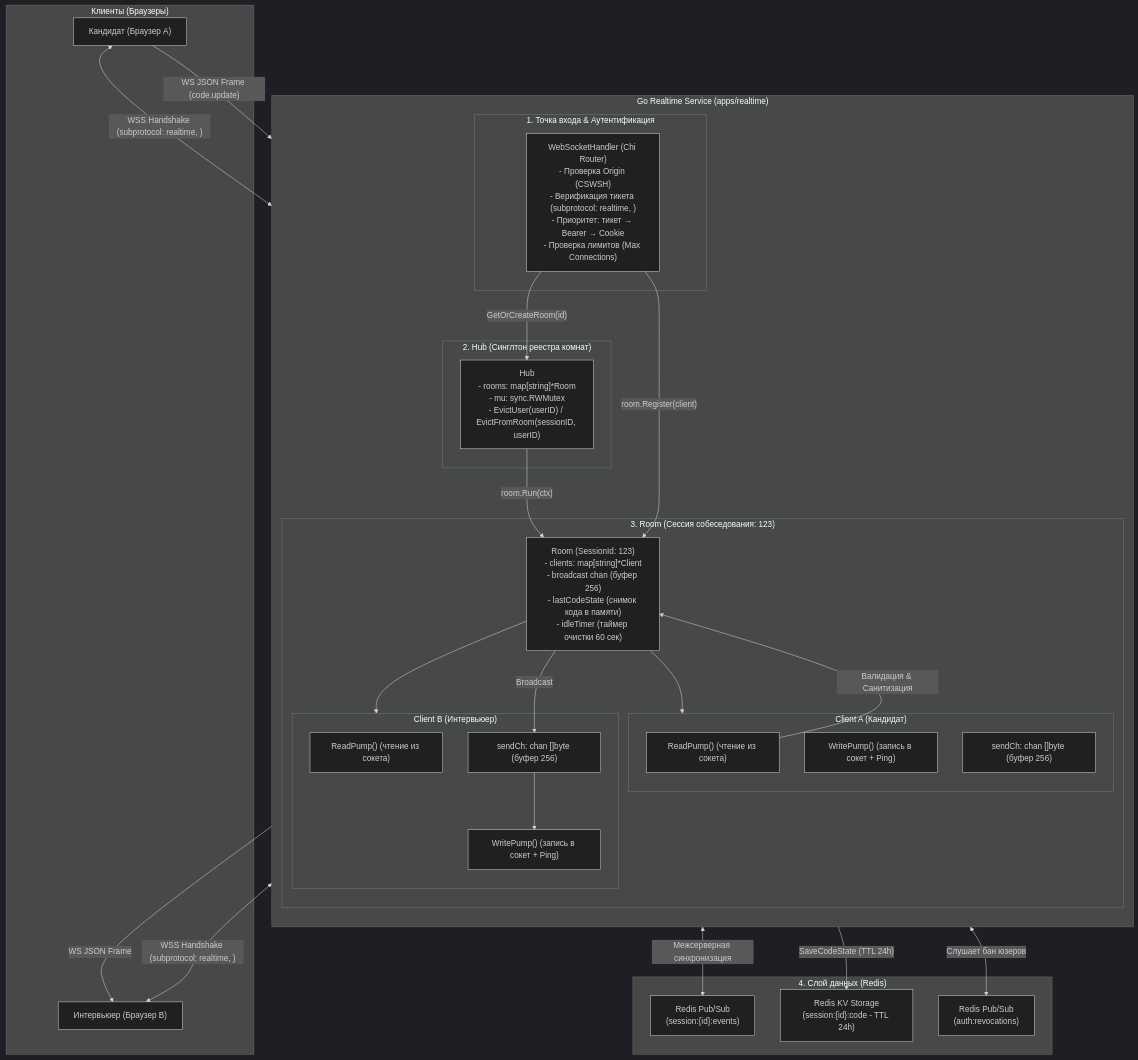
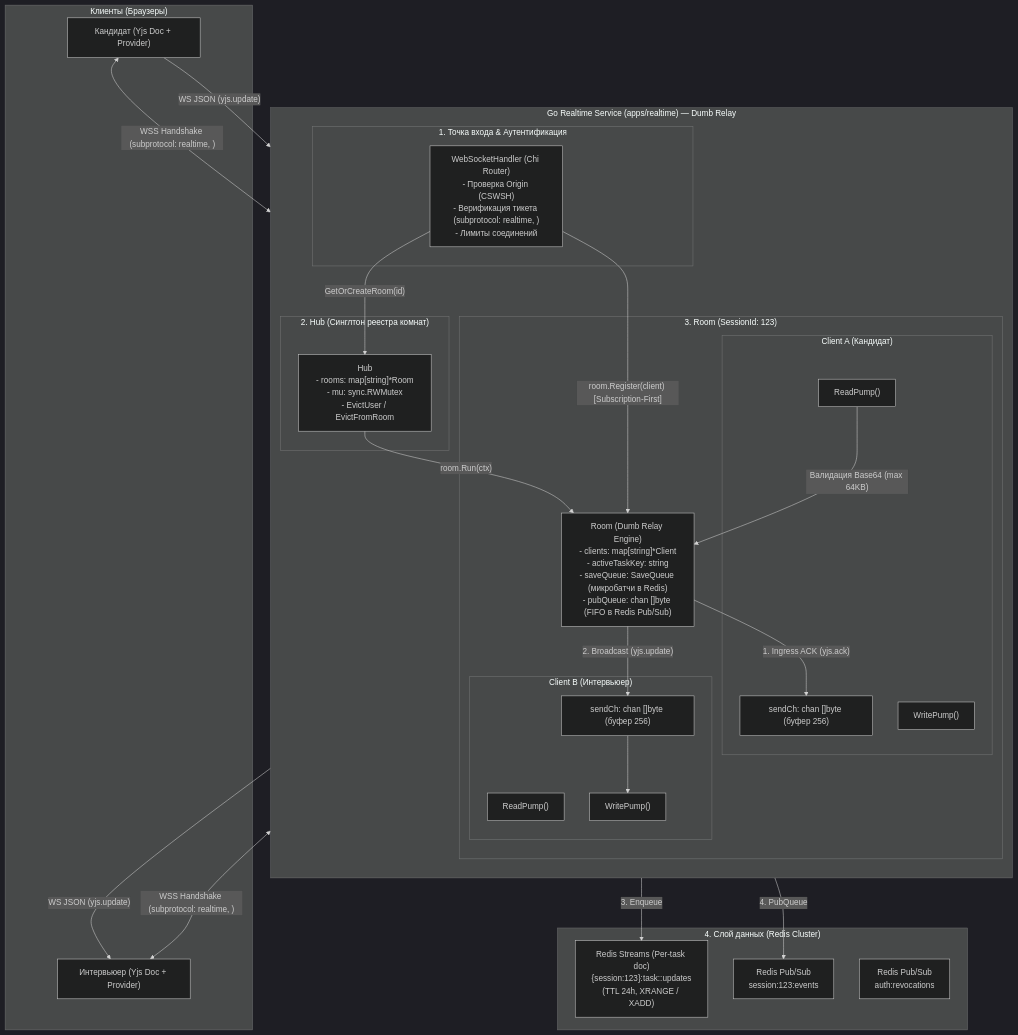
The first of 2 diagrams in docs/WEBSOCKET_ARCHITECTURE.md (Riko4502/MockInterviewAI), drawn with Mermaid (dark theme) before and after one commit. The commit also changed other lines of this file and 17 other files, not shown here.

````diff
--- a/docs/WEBSOCKET_ARCHITECTURE.md
+++ b/docs/WEBSOCKET_ARCHITECTURE.md
@@ -48,64 +58,60 @@
 ```mermaid
 flowchart TB
     subgraph Clients["Клиенты (Браузеры)"]
-        C1["Кандидат (Браузер A)"]
-        C2["Интервьюер (Браузер B)"]
+        C1["Кандидат (Yjs Doc + Provider)"]
+        C2["Интервьюер (Yjs Doc + Provider)"]
     end
 
-    subgraph GoBackend["Go Realtime Service (apps/realtime)"]
+    subgraph GoBackend["Go Realtime Service (apps/realtime) — Dumb Relay"]
         direction TB
         
         subgraph EntryPoint["1. Точка входа & Аутентификация"]
-            Handler["WebSocketHandler (Chi Router)\n- Проверка Origin (CSWSH)\n- Верификация тикета (subprotocol: realtime, <ticket>)\n- Приоритет: тикет → Bearer → Cookie\n- Проверка лимитов (Max Connections)"]
+            Handler["WebSocketHandler (Chi Router)\n- Проверка Origin (CSWSH)\n- Верификация тикета (subprotocol: realtime, <ticket>)\n- Лимиты соединений"]
         end
 
         subgraph HubLayer["2. Hub (Синглтон реестра комнат)"]
-            Hub["Hub\n- rooms: map[string]*Room\n- mu: sync.RWMutex\n- EvictUser(userID) / EvictFromRoom(sessionID, userID)"]
+            Hub["Hub\n- rooms: map[string]*Room\n- mu: sync.RWMutex\n- EvictUser / EvictFromRoom"]
         end
 
-        subgraph RoomLayer["3. Room (Сессия собеседования: 123)"]
-            Room["Room (SessionId: 123)\n- clients: map[string]*Client\n- broadcast chan (буфер 256)\n- lastCodeState (снимок кода в памяти)\n- idleTimer (таймер очистки 60 сек)"]
+        subgraph RoomLayer["3. Room (SessionId: 123)"]
+            Room["Room (Dumb Relay Engine)\n- clients: map[string]*Client\n- activeTaskKey: string\n- saveQueue: SaveQueue (микробатчи в Redis)\n- pubQueue: chan []byte (FIFO в Redis Pub/Sub)"]
             
             subgraph Client1Goroutines["Client A (Кандидат)"]
-                R1["ReadPump() (чтение из сокета)"]
-                W1["WritePump() (запись в сокет + Ping)"]
+                R1["ReadPump()"]
+                W1["WritePump()"]
                 Ch1["sendCh: chan []byte (буфер 256)"]
             end
 
             subgraph Client2Goroutines["Client B (Интервьюер)"]
-                R2["ReadPump() (чтение из сокета)"]
-                W2["WritePump() (запись в сокет + Ping)"]
+                R2["ReadPump()"]
+                W2["WritePump()"]
                 Ch2["sendCh: chan []byte (буфер 256)"]
             end
         end
     end
 
-    subgraph RedisLayer["4. Слой данных (Redis)"]
-        RPubSub["Redis Pub/Sub\n(session:{id}:events)"]
-        RStorage["Redis KV Storage\n(session:{id}:code - TTL 24h)"]
-        RRevoke["Redis Pub/Sub\n(auth:revocations)"]
+    subgraph RedisLayer["4. Слой данных (Redis Cluster)"]
+        RStreams["Redis Streams (Per-task doc)\n{session:123}:task:<taskKey>:updates\n(TTL 24h, XRANGE / XADD)"]
+        RPubSub["Redis Pub/Sub\nsession:123:events"]
+        RRevoke["Redis Pub/Sub\nauth:revocations"]
     end
 
     %% Сетевой Handshake
     C1 <-->|"WSS Handshake (subprotocol: realtime, <ticket>)"| Handler
     C2 <-->|"WSS Handshake (subprotocol: realtime, <ticket>)"| Handler
 
-    %% Регистрация в Hub и Room
+    %% Регистрация
     Handler -->|"GetOrCreateRoom(id)"| Hub
     Hub -->|"room.Run(ctx)"| Room
-    Handler -->|"room.Register(client)"| Room
-    Room --> Client1Goroutines
-    Room --> Client2Goroutines
+    Handler -->|"room.Register(client) [Subscription-First]"| Room
 
-    %% Поток сообщений (Code Update)
-    C1 -->|"WS JSON Frame (code.update)"| R1
-    R1 -->|"Валидация & Санитизация"| Room
-    Room -->|"Broadcast"| Ch2
+    %% Поток Yjs дельт (Dumb Relay)
+    C1 -->|"WS JSON (yjs.update)"| R1
+    R1 -->|"Валидация Base64 (max 64KB)"| Room
+    Room -->|"1. Ingress ACK (yjs.ack)"| Ch1
+    Room -->|"2. Broadcast (yjs.update)"| Ch2
+    Room -->|"3. Enqueue"| RStreams
+    Room -->|"4. PubQueue"| RPubSub
     Ch2 --> W2
-    W2 -->|"WS JSON Frame"| C2
-
-    %% Взаимодействие с Redis
-    Room <-->|"Межсерверная синхронизация"| RPubSub
-    Room -->|"SaveCodeState (TTL 24h)"| RStorage
-    Hub <-->|"Слушает бан юзеров"| RRevoke
+    W2 -->|"WS JSON (yjs.update)"| C2
 ```
````
